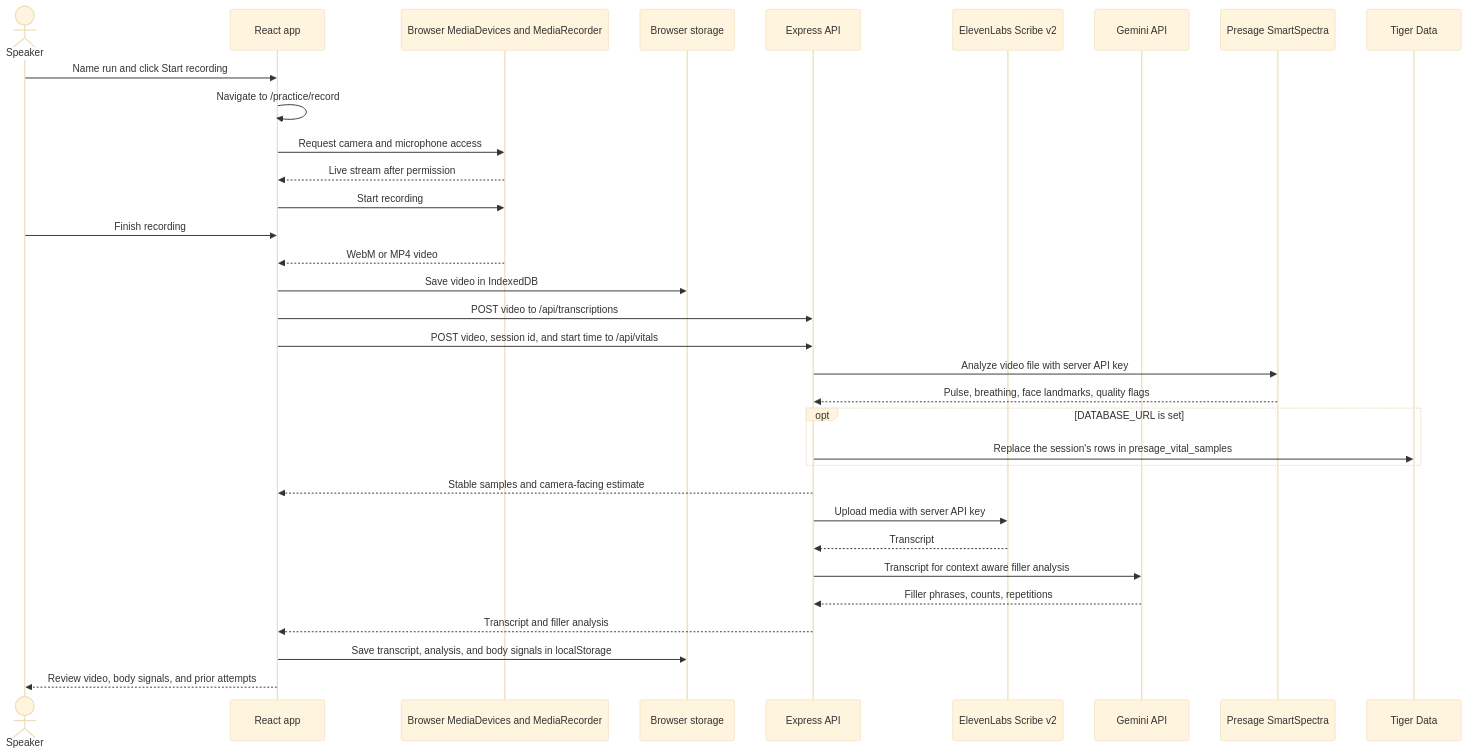
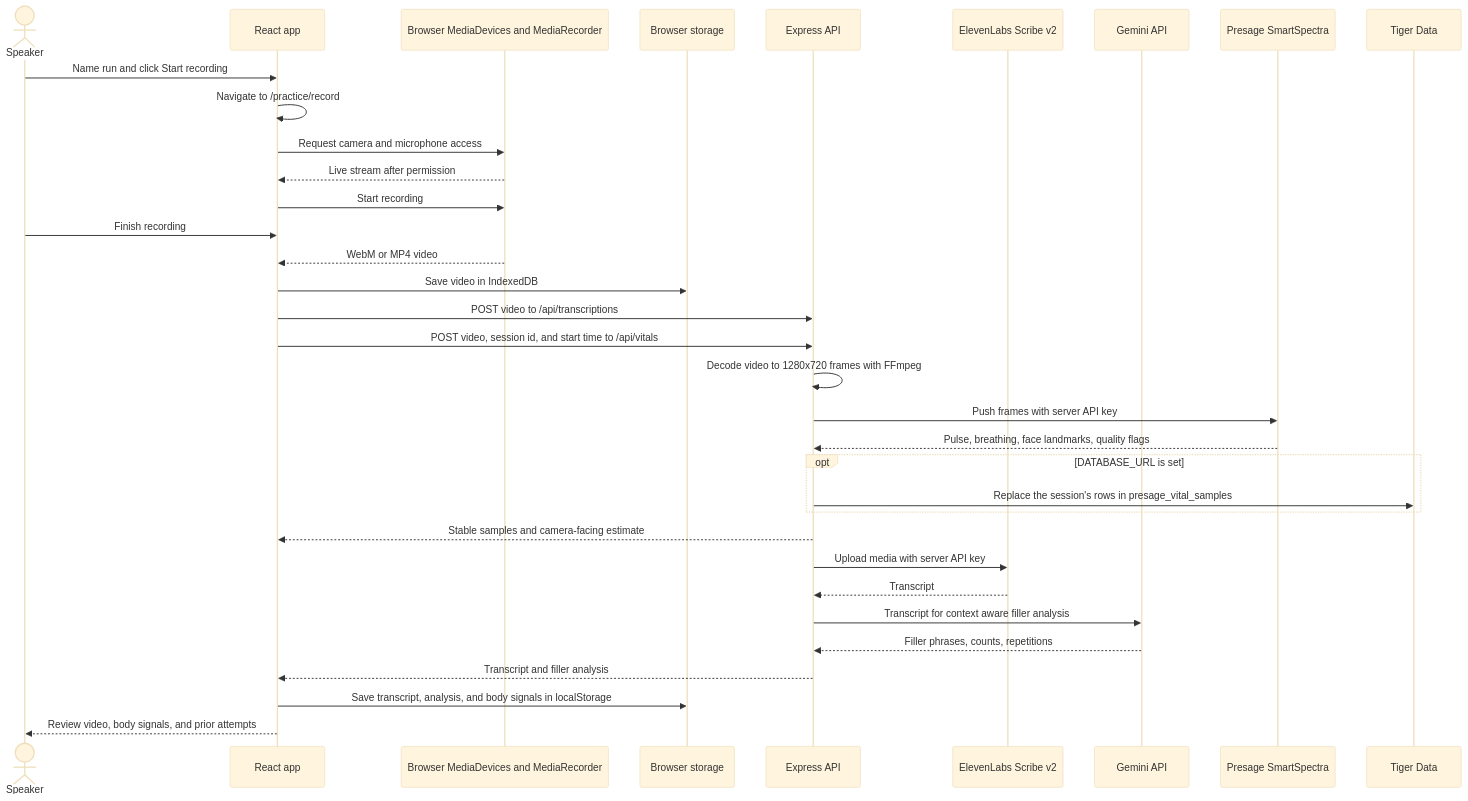
Before and after one commit to civ19/PepTalk: the diagram in README.md, drawn with Mermaid (base theme). The commit also changed other lines of this file and 8 other files, not shown here.

````diff
--- a/README.md
+++ b/README.md
@@ -46,35 +46,36 @@
 ```mermaid
 sequenceDiagram
     actor Speaker
     participant UI as React app
     participant Media as Browser MediaDevices and MediaRecorder
     participant Store as Browser storage
     participant API as Express API
     participant Eleven as ElevenLabs Scribe v2
     participant Gemini as Gemini API
     participant Presage as Presage SmartSpectra
     participant DB as Tiger Data
     Speaker->>UI: Name run and click Start recording
     UI->>UI: Navigate to /practice/record
     UI->>Media: Request camera and microphone access
     Media-->>UI: Live stream after permission
     UI->>Media: Start recording
     Speaker->>UI: Finish recording
     Media-->>UI: WebM or MP4 video
     UI->>Store: Save video in IndexedDB
     UI->>API: POST video to /api/transcriptions
     UI->>API: POST video, session id, and start time to /api/vitals
-    API->>Presage: Analyze video file with server API key
+    API->>API: Decode video to 1280x720 frames with FFmpeg
+    API->>Presage: Push frames with server API key
     Presage-->>API: Pulse, breathing, face landmarks, quality flags
     opt DATABASE_URL is set
         API->>DB: Replace the session's rows in presage_vital_samples
     end
     API-->>UI: Stable samples and camera-facing estimate
     API->>Eleven: Upload media with server API key
     Eleven-->>API: Transcript
     API->>Gemini: Transcript for context aware filler analysis
     Gemini-->>API: Filler phrases, counts, repetitions
     API-->>UI: Transcript and filler analysis
     UI->>Store: Save transcript, analysis, and body signals in localStorage
     UI-->>Speaker: Review video, body signals, and prior attempts
 ```
````
